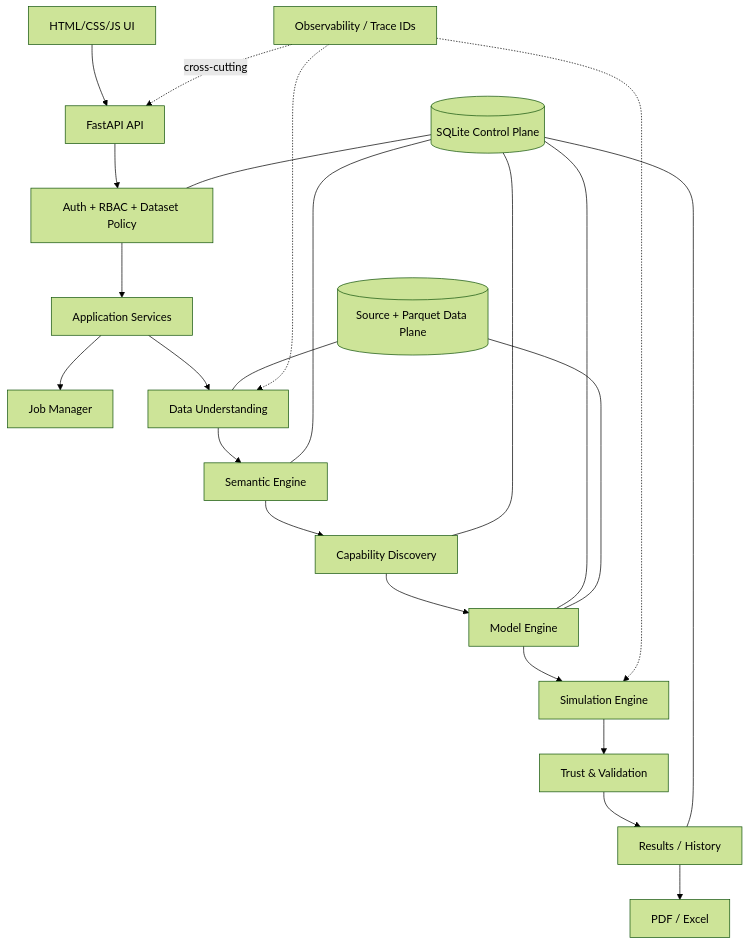
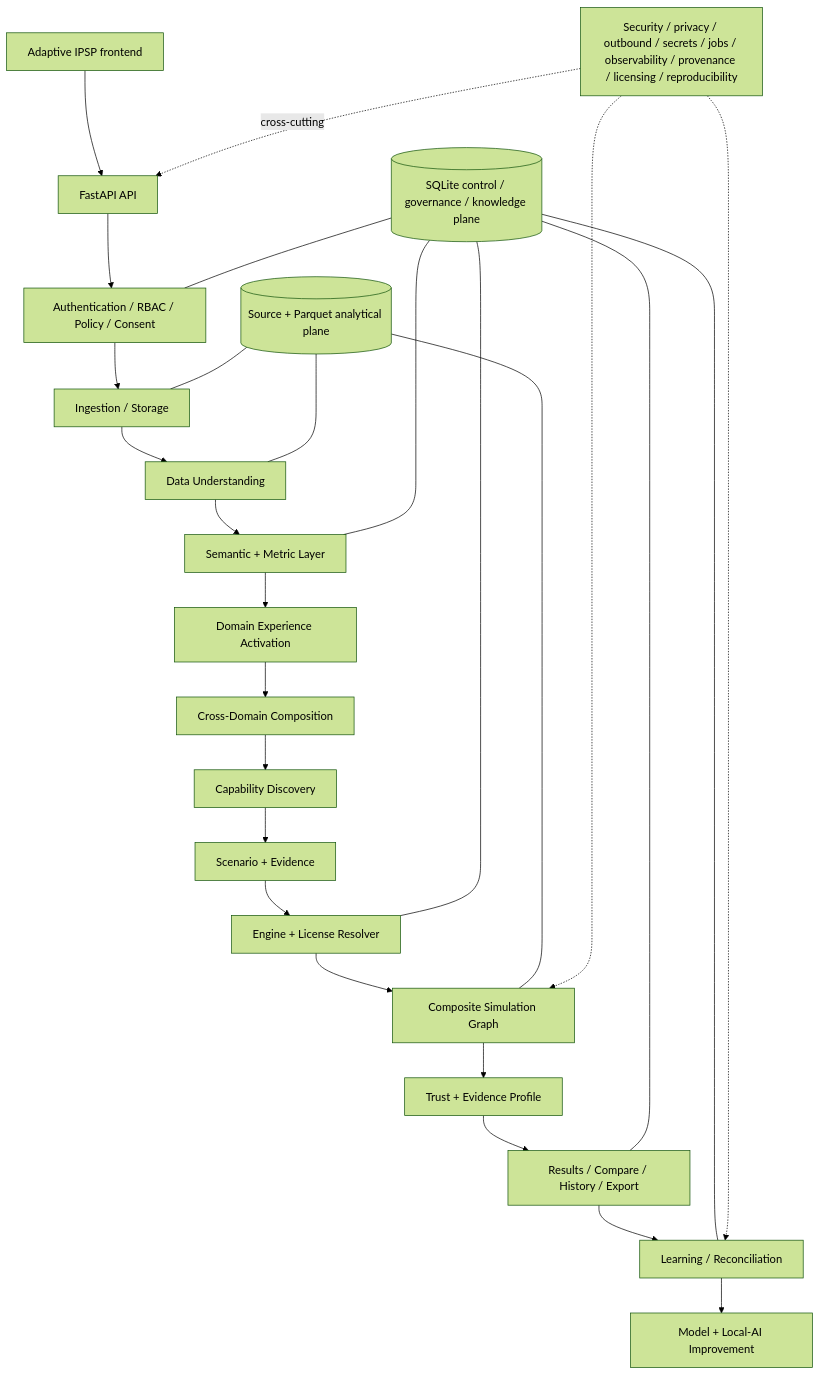
Before and after one commit to Kedar-Joshi07/IPSP: the diagram in flows/01_SYSTEM_ARCHITECTURE.md, drawn with Mermaid (forest theme). The commit also changed 43 other files, not shown here.

````diff
--- a/flows/01_SYSTEM_ARCHITECTURE.md
+++ b/flows/01_SYSTEM_ARCHITECTURE.md
@@ -2,25 +2,30 @@
 ```mermaid
 flowchart TD
-  UI[HTML/CSS/JS UI] --> API[FastAPI API]
-  API --> AUTH[Auth + RBAC + Dataset Policy]
-  AUTH --> APP[Application Services]
-  APP --> JOB[Job Manager]
-  APP --> DU[Data Understanding]
-  DU --> SEM[Semantic Engine]
-  SEM --> CAP[Capability Discovery]
-  CAP --> MOD[Model Engine]
-  MOD --> SIM[Simulation Engine]
-  SIM --> TRUST[Trust & Validation]
-  TRUST --> RES[Results / History]
-  RES --> REP[PDF / Excel]
-  DB[(SQLite Control Plane)] --- AUTH
+  UI[Adaptive IPSP frontend] --> API[FastAPI API]
+  API --> AUTH[Authentication / RBAC / Policy / Consent]
+  AUTH --> ING[Ingestion / Storage]
+  ING --> DU[Data Understanding]
+  DU --> SEM[Semantic + Metric Layer]
+  SEM --> DOM[Domain Experience Activation]
+  DOM --> CROSS[Cross-Domain Composition]
+  CROSS --> CAP[Capability Discovery]
+  CAP --> INTENT[Scenario + Evidence]
+  INTENT --> RESOLVE[Engine + License Resolver]
+  RESOLVE --> GRAPH[Composite Simulation Graph]
+  GRAPH --> TE[Trust + Evidence Profile]
+  TE --> RESULT[Results / Compare / History / Export]
+  RESULT --> LEARN[Learning / Reconciliation]
+  LEARN --> IMPROVE[Model + Local-AI Improvement]
+
+  DB[(SQLite control / governance / knowledge plane)] --- AUTH
   DB --- SEM
-  DB --- CAP
-  DB --- MOD
-  DB --- RES
-  DATA[(Source + Parquet Data Plane)] --- DU
-  DATA --- MOD
-  OBS[Observability / Trace IDs] -.cross-cutting.-> API
-  OBS -.-> DU
-  OBS -.-> SIM
+  DB --- RESOLVE
+  DB --- RESULT
+  DB --- LEARN
+  DATA[(Source + Parquet analytical plane)] --- ING
+  DATA --- DU
+  DATA --- GRAPH
+  X[Security / privacy / outbound / secrets / jobs / observability / provenance / licensing / reproducibility] -. cross-cutting .-> API
+  X -.-> GRAPH
+  X -.-> LEARN
 ```
````
